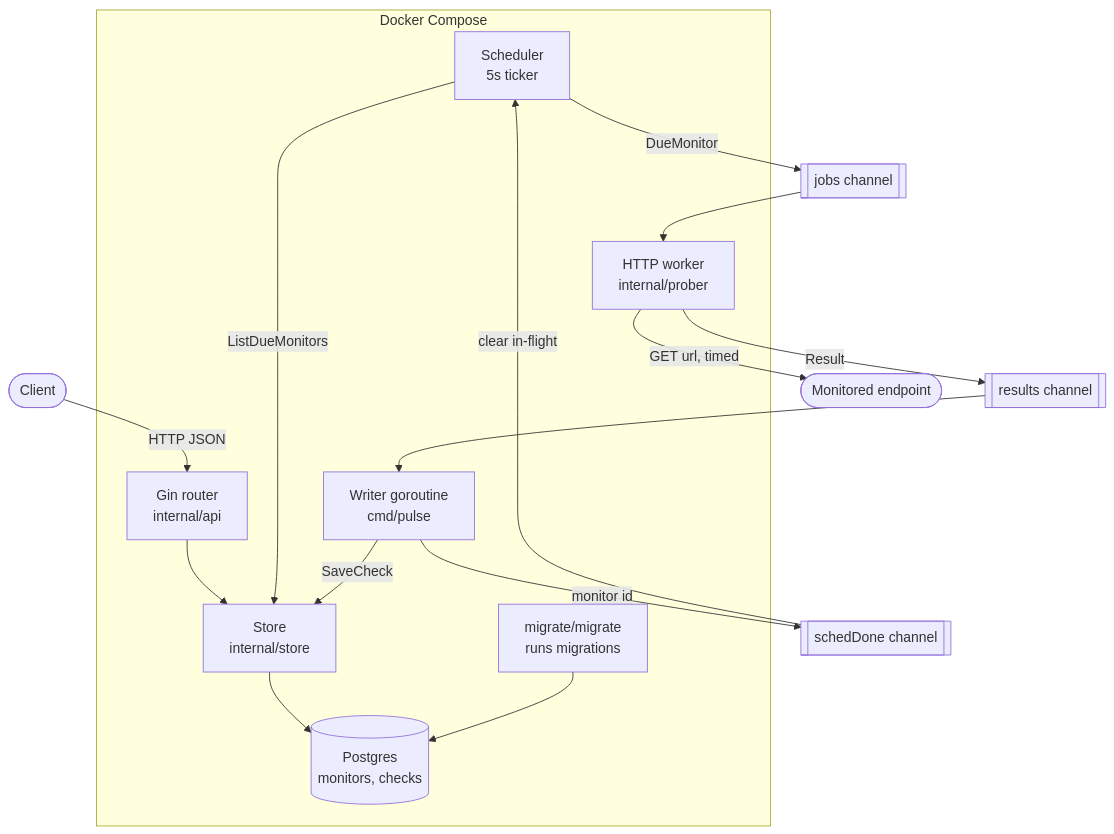
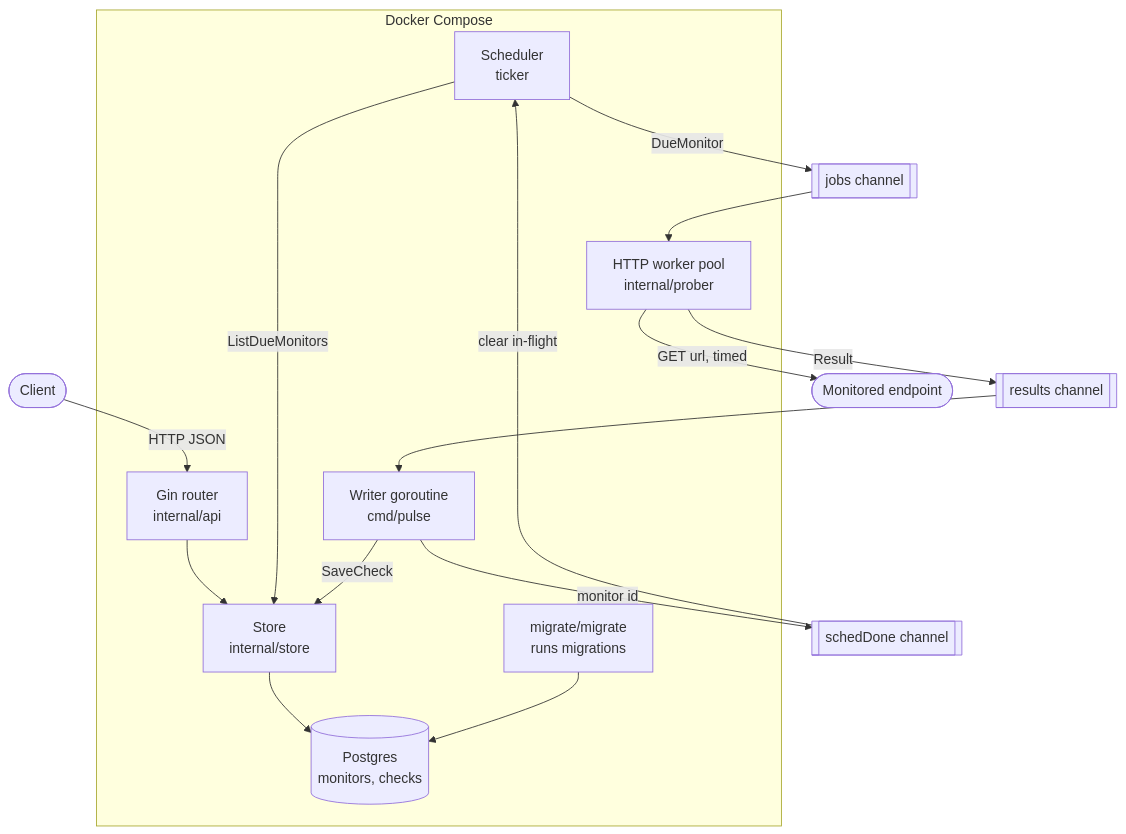
One commit to SupeeerMario/uptime-monitor changed the diagram in README.md. Above: the diagram before and after it, drawn with Mermaid. The commit also changed other lines of this file and 1 other file, not shown here.

````diff
--- a/README.md
+++ b/README.md
@@ -20,29 +25,29 @@
 ```mermaid
 flowchart TD
     client([Client]) -->|"HTTP JSON"| gin["Gin router<br/>internal/api"]
     gin --> store["Store<br/>internal/store"]
 
-    sched["Scheduler<br/>5s ticker"] -->|"ListDueMonitors"| store
+    sched["Scheduler<br/>ticker"] -->|"ListDueMonitors"| store
     sched -->|"DueMonitor"| jobs[["jobs channel"]]
-    jobs --> worker["HTTP worker<br/>internal/prober"]
+    jobs --> worker["HTTP worker pool<br/>internal/prober"]
     worker -->|"GET url, timed"| target([Monitored endpoint])
     worker -->|"Result"| results[["results channel"]]
     results --> writer["Writer goroutine<br/>cmd/pulse"]
     writer -->|"SaveCheck"| store
     writer -->|"monitor id"| schedDone[["schedDone channel"]]
     schedDone -->|"clear in-flight"| sched
 
     store --> pg[("Postgres<br/>monitors, checks")]
 
     subgraph compose["Docker Compose"]
         gin
         sched
         worker
         writer
         store
         pg
         migrate["migrate/migrate<br/>runs migrations"]
     end
 
     migrate --> pg
 ```
````
